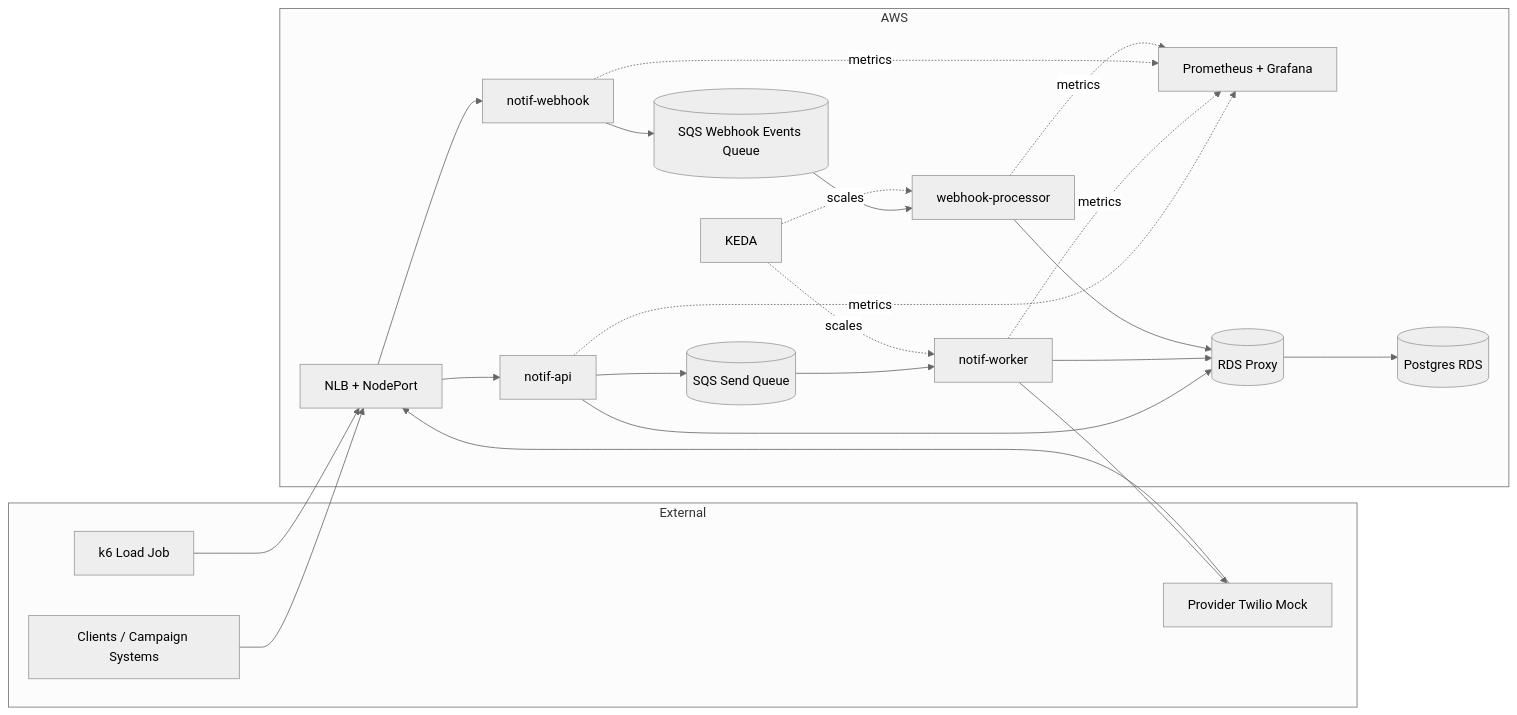
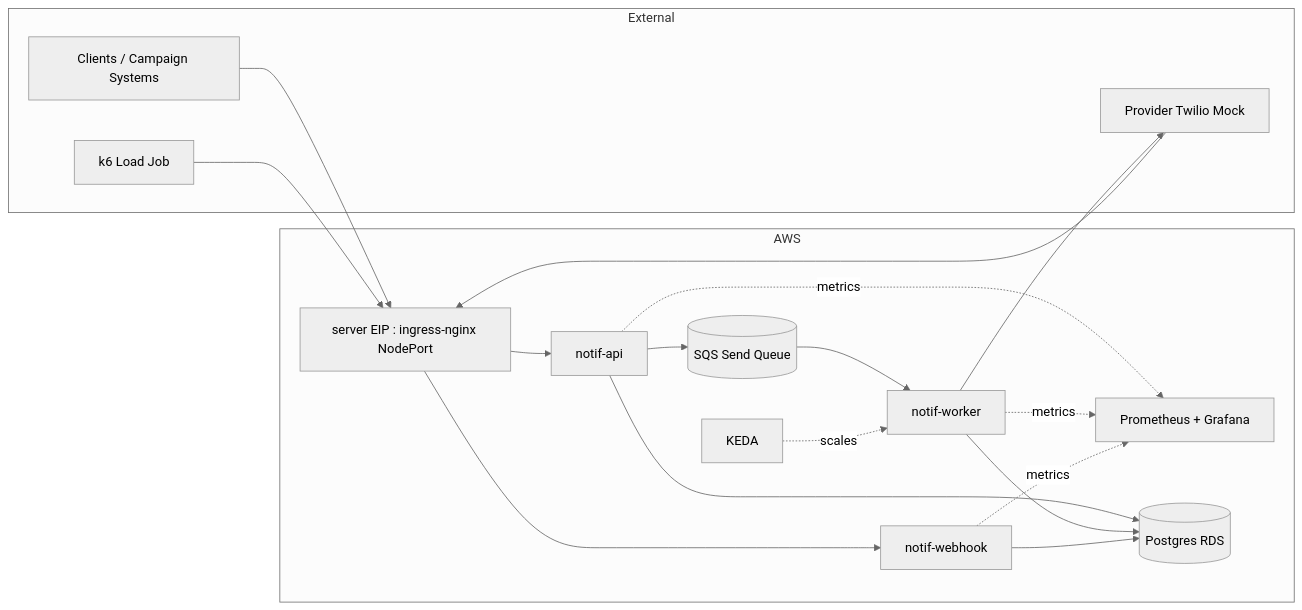
The diagram in docs/architecture/01-system-context.md (sagarsuperuser/notif-service), drawn with Mermaid (neutral theme) before and after one commit. The commit also changed other lines of this file and 19 other files, not shown here.

First line of the commit message:
infra: pragmatic topology — drop NAT, bastion, internal API NLB, RDS Proxy, role-pinned node pools (#75)

````diff
--- a/docs/architecture/01-system-context.md
+++ b/docs/architecture/01-system-context.md
@@ -3,46 +3,39 @@
 ```mermaid
 flowchart LR
     subgraph ext[External]
       users[Clients / Campaign Systems]
       k6[k6 Load Job]
-    provider["Provider Twilio Mock"]
+      provider["Provider Twilio Mock"]
     end
 
     subgraph aws[AWS]
-      ingress[NLB + NodePort]
+      entry["server EIP : ingress-nginx NodePort"]
       api[notif-api]
       worker[notif-worker]
       webhook[notif-webhook]
-      whproc[webhook-processor]
       keda[KEDA]
       mon[Prometheus + Grafana]
 
       qsend[(SQS Send Queue)]
-      qwebhook[(SQS Webhook Events Queue)]
-      dbproxy[(RDS Proxy)]
       db[(Postgres RDS)]
     end
 
-    users --> ingress --> api
-    k6 --> ingress
+    users --> entry --> api
+    k6 --> entry
 
     api --> qsend
     qsend --> worker
     worker --> provider
 
-    provider --> ingress --> webhook
-    webhook --> qwebhook
-    qwebhook --> whproc
+    provider --> entry --> webhook
 
-    api --> dbproxy --> db
-    worker --> dbproxy
-    whproc --> dbproxy
+    api --> db
+    worker --> db
+    webhook --> db
 
     keda -. scales .-> worker
-    keda -. scales .-> whproc
 
     api -. metrics .-> mon
     worker -. metrics .-> mon
     webhook -. metrics .-> mon
-    whproc -. metrics .-> mon
 ```
````
